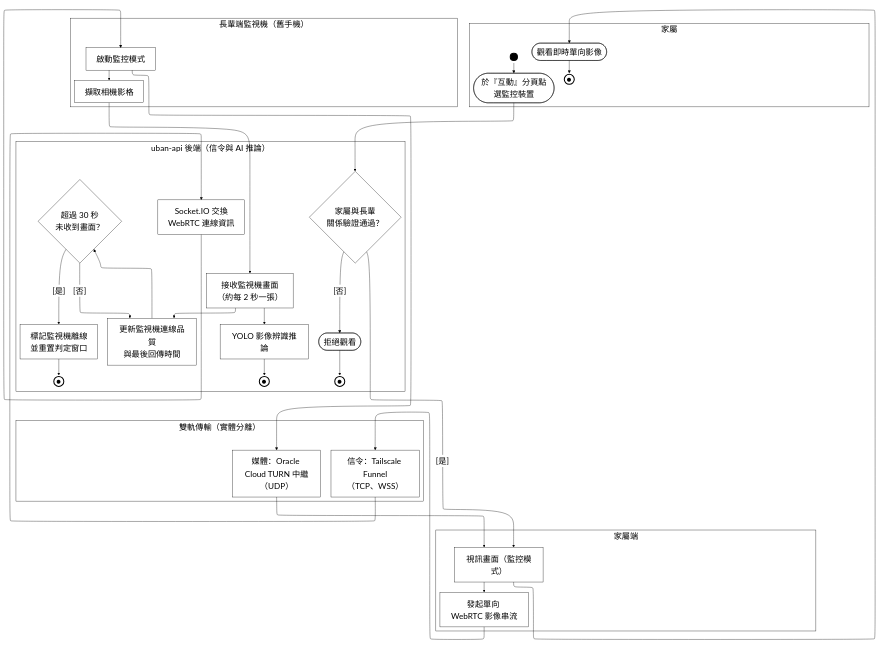
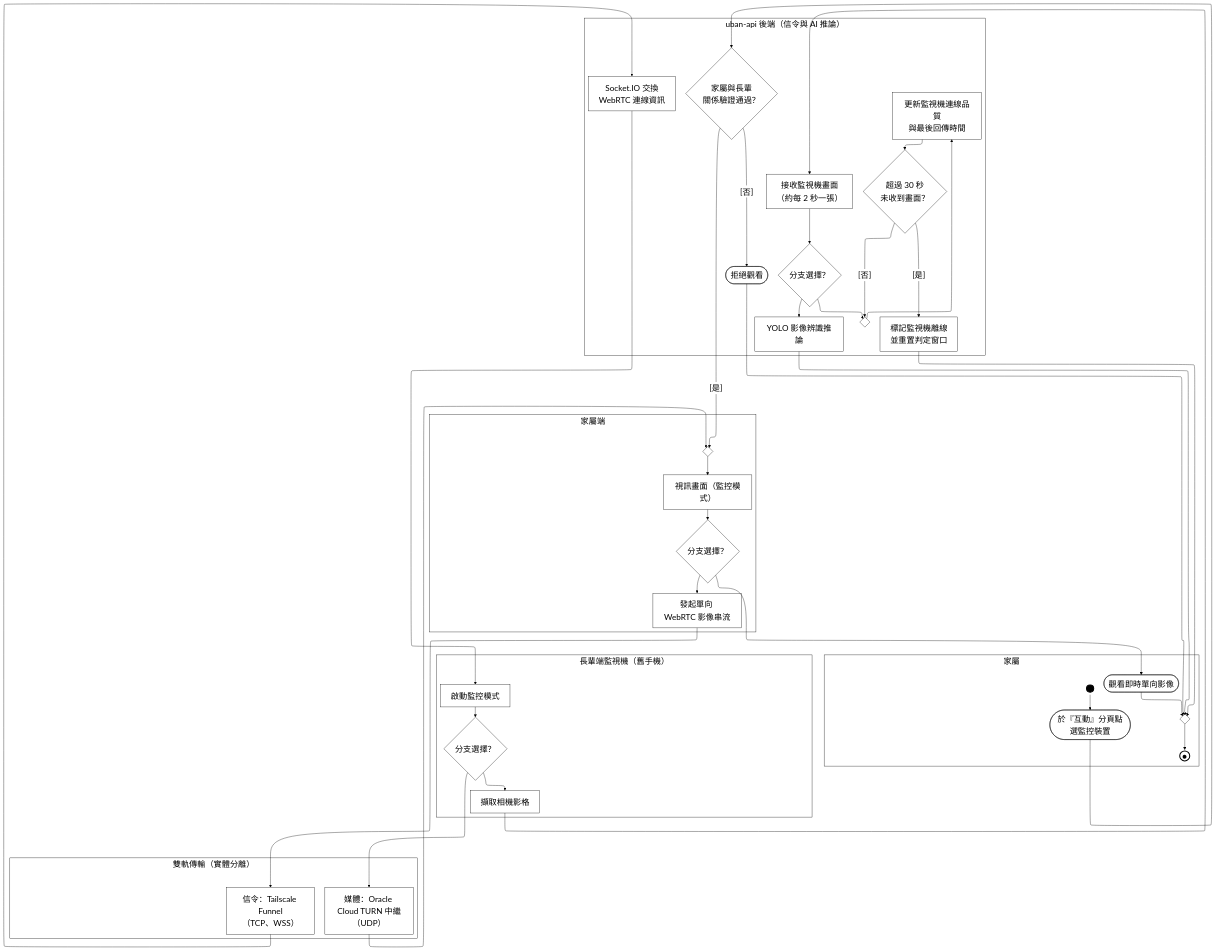
Before and after one commit to HuangYu-Kai/Uban: the diagram in Uban System Documents/mermaid原始碼/A15-長輩狀態監測.mmd, drawn with Mermaid. The commit also changed 226 other files, not shown here.

Commit message:
Complete system manual with updated diagrams, formatting, and natural language

```diff
--- a/Uban System Documents/mermaid原始碼/A15-長輩狀態監測.mmd
+++ b/Uban System Documents/mermaid原始碼/A15-長輩狀態監測.mmd
@@ -1,69 +1,77 @@
 %%{init:{"layout":"elk","elk":{"mergeEdges":false,"nodePlacementStrategy":"NETWORK_SIMPLEX"},"flowchart":{"htmlLabels":true},"themeVariables":{"clusterBkg":"#FFFFFF","clusterBorder":"#000000","edgeLabelBackground":"#FFFFFF","textColor":"#000000","nodeTextColor":"#000000","titleColor":"#000000","lineColor":"#000000","fontSize":"24px"}}}%%
 flowchart TD
+  %% 鎖住泳道順序：ELK 不照宣告順序排，沒有這條鏈後端會跑到最上面
   subgraph ROLE["家屬"]
     PAD_ROLE["&nbsp;&nbsp;&nbsp;&nbsp;&nbsp;&nbsp;&nbsp;&nbsp;&nbsp;&nbsp;&nbsp;&nbsp;&nbsp;&nbsp;&nbsp;&nbsp;&nbsp;&nbsp;&nbsp;&nbsp;&nbsp;&nbsp;&nbsp;&nbsp;&nbsp;&nbsp;&nbsp;&nbsp;&nbsp;&nbsp;&nbsp;&nbsp;&nbsp;&nbsp;&nbsp;&nbsp;&nbsp;&nbsp;&nbsp;&nbsp;&nbsp;&nbsp;&nbsp;&nbsp;&nbsp;&nbsp;&nbsp;&nbsp;&nbsp;&nbsp;&nbsp;&nbsp;&nbsp;&nbsp;&nbsp;&nbsp;&nbsp;&nbsp;&nbsp;&nbsp;&nbsp;&nbsp;&nbsp;&nbsp;&nbsp;&nbsp;&nbsp;&nbsp;&nbsp;&nbsp;&nbsp;&nbsp;&nbsp;&nbsp;&nbsp;&nbsp;&nbsp;&nbsp;&nbsp;&nbsp;&nbsp;&nbsp;&nbsp;&nbsp;&nbsp;&nbsp;&nbsp;&nbsp;&nbsp;&nbsp;&nbsp;&nbsp;&nbsp;&nbsp;&nbsp;&nbsp;&nbsp;&nbsp;&nbsp;&nbsp;&nbsp;&nbsp;&nbsp;&nbsp;&nbsp;&nbsp;&nbsp;&nbsp;&nbsp;"]:::pad
     ST_S1(("&nbsp;")):::term
     S1([於『互動』分頁點選監控裝置]):::act
     S2(["觀看即時單向影像"]):::act
-    EN_S2(("●")):::endterm
+    M_END{" "}:::dec
+    EN_ALL(("●")):::endterm
   end
   subgraph FE["家屬端"]
     PAD_FE["&nbsp;&nbsp;&nbsp;&nbsp;&nbsp;&nbsp;&nbsp;&nbsp;&nbsp;&nbsp;&nbsp;&nbsp;&nbsp;&nbsp;&nbsp;&nbsp;&nbsp;&nbsp;&nbsp;&nbsp;&nbsp;&nbsp;&nbsp;&nbsp;&nbsp;&nbsp;&nbsp;&nbsp;&nbsp;&nbsp;&nbsp;&nbsp;&nbsp;&nbsp;&nbsp;&nbsp;&nbsp;&nbsp;&nbsp;&nbsp;&nbsp;&nbsp;&nbsp;&nbsp;&nbsp;&nbsp;&nbsp;&nbsp;&nbsp;&nbsp;&nbsp;&nbsp;&nbsp;&nbsp;&nbsp;&nbsp;&nbsp;&nbsp;&nbsp;&nbsp;&nbsp;&nbsp;&nbsp;&nbsp;&nbsp;&nbsp;&nbsp;&nbsp;&nbsp;&nbsp;&nbsp;&nbsp;&nbsp;&nbsp;&nbsp;&nbsp;&nbsp;&nbsp;&nbsp;&nbsp;&nbsp;&nbsp;&nbsp;&nbsp;&nbsp;&nbsp;&nbsp;&nbsp;&nbsp;&nbsp;&nbsp;&nbsp;&nbsp;&nbsp;&nbsp;&nbsp;&nbsp;&nbsp;&nbsp;&nbsp;&nbsp;&nbsp;&nbsp;&nbsp;&nbsp;&nbsp;&nbsp;&nbsp;&nbsp;&nbsp;&nbsp;&nbsp;&nbsp;&nbsp;"]:::pad
     A1["視訊畫面（監控模式）"]:::act
     A2["發起單向 WebRTC 影像串流"]:::act
+    D_A1{"分支選擇？"}:::dec
+    M_A1{" "}:::dec
   end
   subgraph FE2["長輩端監視機（舊手機）"]
     PAD_FE2["&nbsp;&nbsp;&nbsp;&nbsp;&nbsp;&nbsp;&nbsp;&nbsp;&nbsp;&nbsp;&nbsp;&nbsp;&nbsp;&nbsp;&nbsp;&nbsp;&nbsp;&nbsp;&nbsp;&nbsp;&nbsp;&nbsp;&nbsp;&nbsp;&nbsp;&nbsp;&nbsp;&nbsp;&nbsp;&nbsp;&nbsp;&nbsp;&nbsp;&nbsp;&nbsp;&nbsp;&nbsp;&nbsp;&nbsp;&nbsp;&nbsp;&nbsp;&nbsp;&nbsp;&nbsp;&nbsp;&nbsp;&nbsp;&nbsp;&nbsp;&nbsp;&nbsp;&nbsp;&nbsp;&nbsp;&nbsp;&nbsp;&nbsp;&nbsp;&nbsp;&nbsp;&nbsp;&nbsp;&nbsp;&nbsp;&nbsp;&nbsp;&nbsp;&nbsp;&nbsp;&nbsp;&nbsp;&nbsp;&nbsp;&nbsp;&nbsp;&nbsp;&nbsp;&nbsp;&nbsp;&nbsp;&nbsp;&nbsp;&nbsp;&nbsp;&nbsp;&nbsp;&nbsp;&nbsp;&nbsp;&nbsp;&nbsp;&nbsp;&nbsp;&nbsp;&nbsp;&nbsp;&nbsp;&nbsp;&nbsp;&nbsp;&nbsp;&nbsp;&nbsp;&nbsp;&nbsp;&nbsp;&nbsp;&nbsp;&nbsp;&nbsp;&nbsp;&nbsp;&nbsp;&nbsp;&nbsp;&nbsp;&nbsp;&nbsp;&nbsp;&nbsp;&nbsp;&nbsp;&nbsp;&nbsp;&nbsp;&nbsp;&nbsp;"]:::pad
     M1["啟動監控模式"]:::act
     M2["擷取相機影格"]:::act
+    D_M1{"分支選擇？"}:::dec
   end
   subgraph BE["uban-api 後端（信令與 AI 推論）"]
     G0{"家屬與長輩<br/>關係驗證通過？"}:::dec
     B1["Socket.IO 交換<br/>WebRTC 連線資訊"]:::act
     B2["接收監視機畫面<br/>（約每 2 秒一張）"]:::act
     B3["YOLO 影像辨識推論"]:::act
-    EN_B3(("●")):::endterm
     B4["更新監視機連線品質<br/>與最後回傳時間"]:::act
     B5{"超過 30 秒<br/>未收到畫面？"}:::dec
     B6["標記監視機離線<br/>並重置判定窗口"]:::act
-    EN_B6(("●")):::endterm
     X(["拒絕觀看"]):::act
-    EN_X(("●")):::endterm
+    D_B2{"分支選擇？"}:::dec
+    M_B4{" "}:::dec
   end
   subgraph NET["雙軌傳輸（實體分離）"]
     PAD_NET["&nbsp;&nbsp;&nbsp;&nbsp;&nbsp;&nbsp;&nbsp;&nbsp;&nbsp;&nbsp;&nbsp;&nbsp;&nbsp;&nbsp;&nbsp;&nbsp;&nbsp;&nbsp;&nbsp;&nbsp;&nbsp;&nbsp;&nbsp;&nbsp;&nbsp;&nbsp;&nbsp;&nbsp;&nbsp;&nbsp;&nbsp;&nbsp;&nbsp;&nbsp;&nbsp;&nbsp;&nbsp;&nbsp;&nbsp;&nbsp;&nbsp;&nbsp;&nbsp;&nbsp;&nbsp;&nbsp;&nbsp;&nbsp;&nbsp;&nbsp;&nbsp;&nbsp;&nbsp;&nbsp;&nbsp;&nbsp;&nbsp;&nbsp;&nbsp;&nbsp;&nbsp;&nbsp;&nbsp;&nbsp;&nbsp;&nbsp;&nbsp;&nbsp;&nbsp;&nbsp;&nbsp;&nbsp;&nbsp;&nbsp;&nbsp;&nbsp;&nbsp;&nbsp;&nbsp;&nbsp;&nbsp;&nbsp;&nbsp;&nbsp;&nbsp;&nbsp;&nbsp;"]:::pad
     N1["信令：Tailscale Funnel<br/>（TCP、WSS）"]:::act
     N2["媒體：Oracle Cloud TURN 中繼<br/>（UDP）"]:::act
   end
 
   ST_S1 --> S1
   S1 --> G0
   G0 -->|"[否]"| X
-  G0 -->|"[是]"| A1
-  A1 --> A2
+  G0 -->|"[是]"| M_A1
+  D_A1 --> A2
   A2 --> N1
   N1 --> B1
   B1 --> M1
-  M1 --> N2
-  N2 --> A1
-  A1 --> S2
-  M1 --> M2
+  D_M1 --> N2
+  N2 --> M_A1
+  D_A1 --> S2
+  D_M1 --> M2
   M2 --> B2
-  B2 --> B3
-  B2 --> B4
+  D_B2 --> B3
+  D_B2 --> M_B4
   B4 --> B5
   B5 -->|"[是]"| B6
-  B5 -->|"[否]"| B4
-  S2 --> EN_S2
-  B3 --> EN_B3
-  B6 --> EN_B6
-  X --> EN_X
-  %% 鎖住泳道順序：ELK 不照宣告順序排，沒有這條鏈後端會跑到最上面
+  B5 -->|"[否]"| M_B4
+  S2 --> M_END
+  B3 --> M_END
+  B6 --> M_END
+  X --> M_END
+  A1 --> D_A1
+  M1 --> D_M1
+  B2 --> D_B2
+  M_A1 --> A1
+  M_B4 --> B4
+  M_END --> EN_ALL
   ROLE ~~~ FE ~~~ FE2 ~~~ BE ~~~ NET
-
   classDef pad  fill:none,stroke:none,color:#FFFFFF
   classDef act  fill:#FFFFFF,stroke:#000000,stroke-width:1px,color:#000000
   classDef dec  fill:#FFFFFF,stroke:#000000,stroke-width:1px,color:#000000
   classDef term fill:#000000,stroke:#000000,stroke-width:3px,color:#000000
   classDef endterm fill:#FFFFFF,stroke:#000000,stroke-width:3px,color:#000000
   classDef gap  fill:#FFFFFF,stroke:#000000,stroke-width:1px,color:#000000,stroke-dasharray:4 3
```
